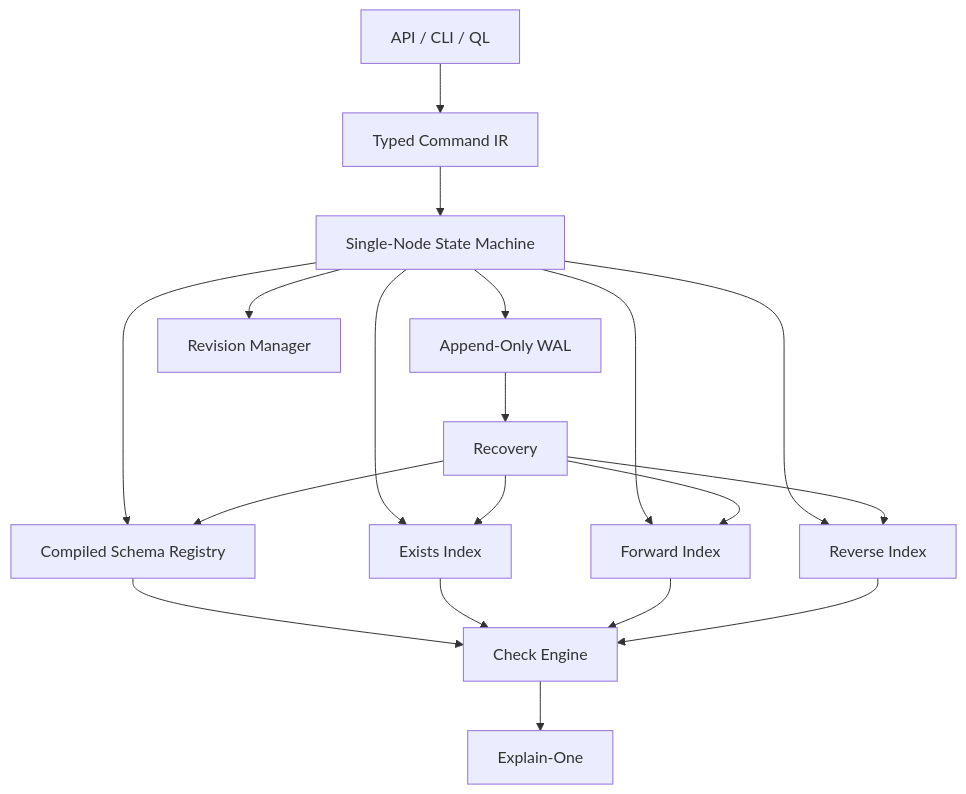
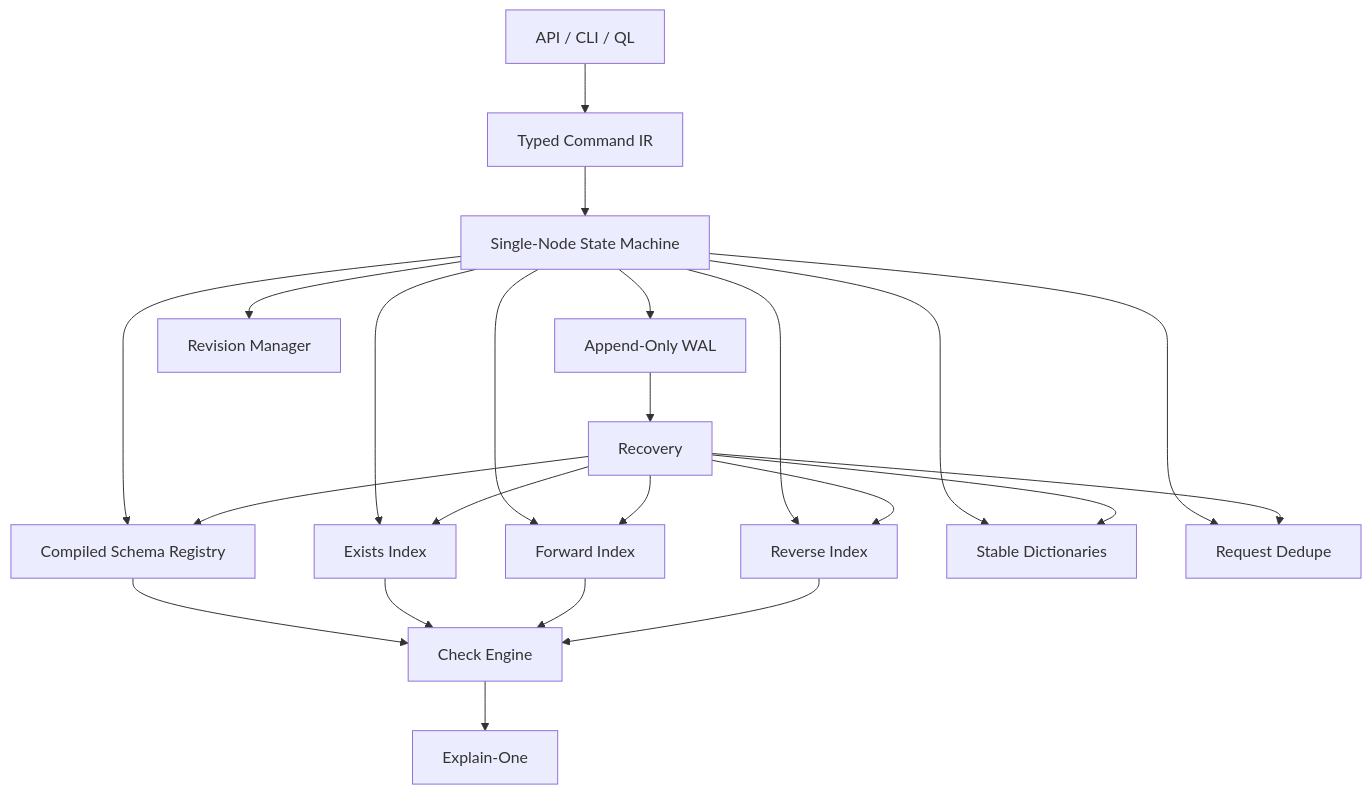
One commit to maneki-technology/veriqik changed the diagram in docs/plans/MVP1.md. Above: the diagram before and after it, drawn with Mermaid. The commit also changed other lines of this file and 6 other files, not shown here.

````diff
--- a/docs/plans/MVP1.md
+++ b/docs/plans/MVP1.md
@@ -93,25 +105,29 @@
 ```mermaid
 flowchart TD
     API[API / CLI / QL] --> Command[Typed Command IR]
     Command --> Engine[Single-Node State Machine]
 
     Engine --> WAL[Append-Only WAL]
     Engine --> Revision[Revision Manager]
     Engine --> Schema[Compiled Schema Registry]
     Engine --> Exists[Exists Index]
     Engine --> Forward[Forward Index]
     Engine --> Reverse[Reverse Index]
+    Engine --> Dictionary[Stable Dictionaries]
+    Engine --> Dedupe[Request Dedupe]
 
     WAL --> Recovery[Recovery]
     Recovery --> Exists
     Recovery --> Forward
     Recovery --> Reverse
     Recovery --> Schema
+    Recovery --> Dictionary
+    Recovery --> Dedupe
 
     Schema --> Check[Check Engine]
     Exists --> Check
     Forward --> Check
     Reverse --> Check
 
     Check --> Explain[Explain-One]
 ```
````
